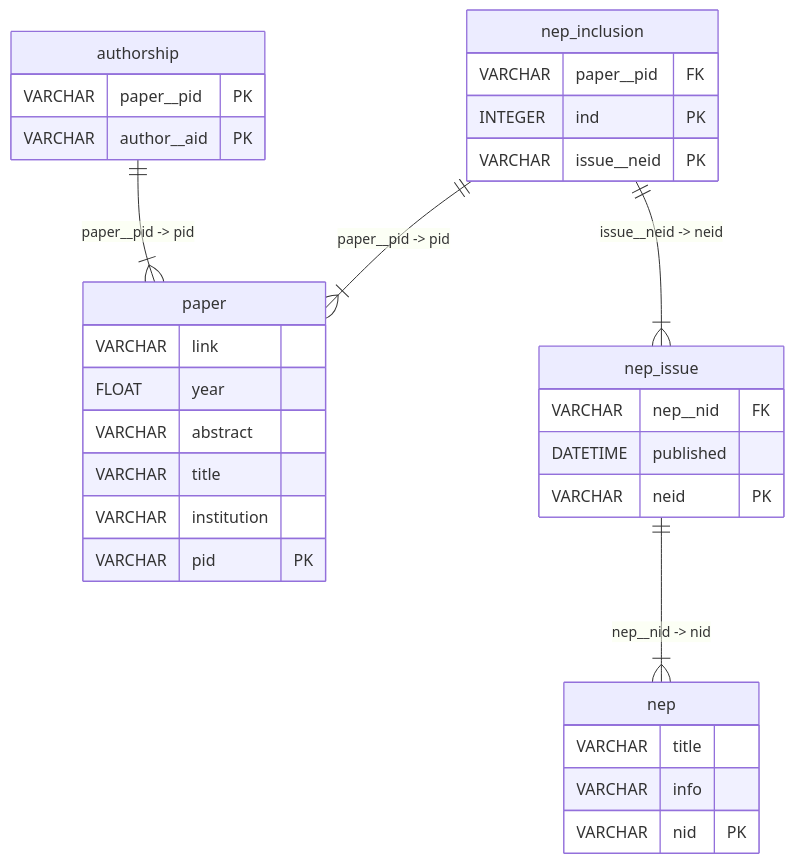
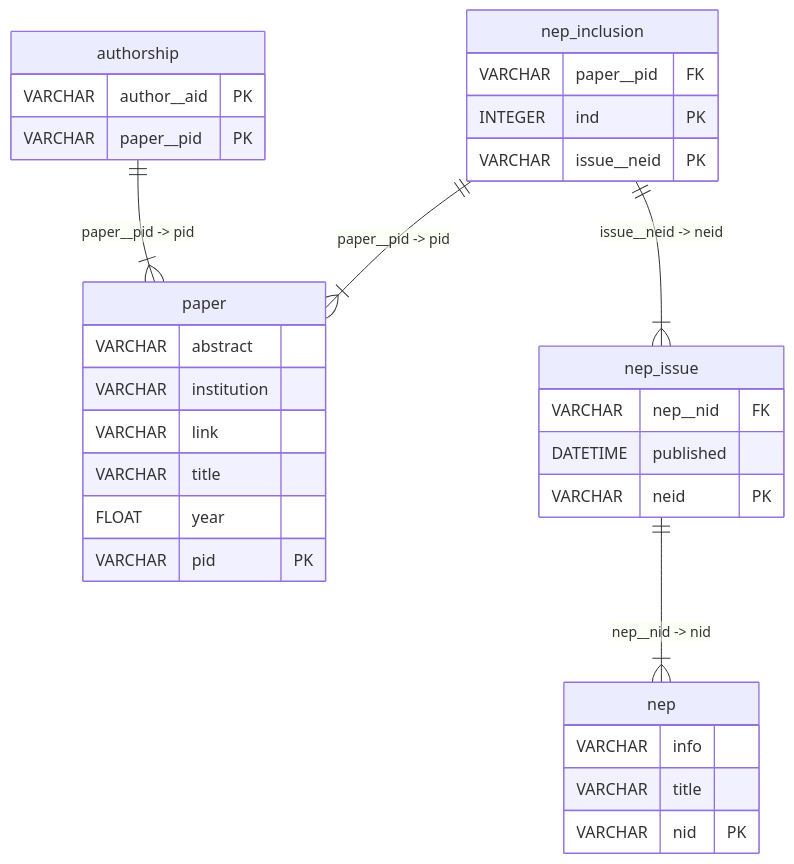
One commit to sscu-budapest/explorer changed the diagram in _sources/dataset-pages/repec_via_nep.md. Above: the diagram before and after it, drawn with Mermaid. The commit also changed 12 other files, not shown here.

````diff
--- a/_sources/dataset-pages/repec_via_nep.md
+++ b/_sources/dataset-pages/repec_via_nep.md
@@ -8,34 +8,34 @@
 ```{mermaid}
 erDiagram
   authorship {    
-    VARCHAR paper__pid PK     
-    VARCHAR author__aid PK 
+    VARCHAR author__aid PK     
+    VARCHAR paper__pid PK 
   }
   paper {    
+    VARCHAR abstract      
+    VARCHAR institution      
     VARCHAR link      
+    VARCHAR title      
     FLOAT year      
-    VARCHAR abstract      
-    VARCHAR title      
-    VARCHAR institution      
     VARCHAR pid PK 
   }
   nep {    
+    VARCHAR info      
     VARCHAR title      
-    VARCHAR info      
     VARCHAR nid PK 
   }
   nep_inclusion {    
     VARCHAR paper__pid FK     
     INTEGER ind PK     
     VARCHAR issue__neid PK 
   }
   nep_issue {    
     VARCHAR nep__nid FK     
     DATETIME published      
     VARCHAR neid PK 
   }
   authorship ||--|{ paper : "paper__pid -> pid"
   nep_inclusion ||--|{ paper : "paper__pid -> pid"
   nep_inclusion ||--|{ nep_issue : "issue__neid -> neid"
   nep_issue ||--|{ nep : "nep__nid -> nid"
 ```
````
